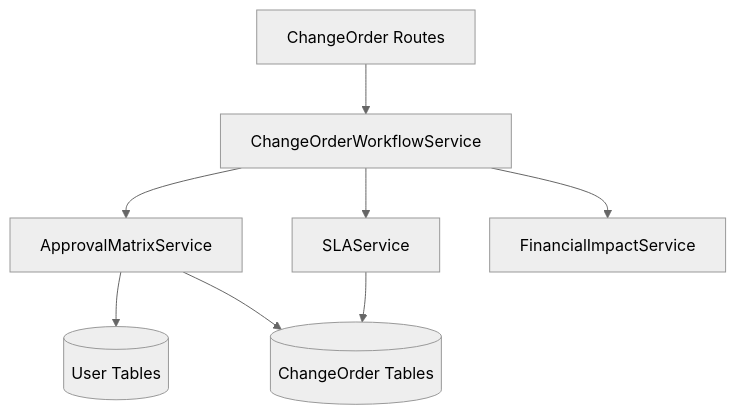
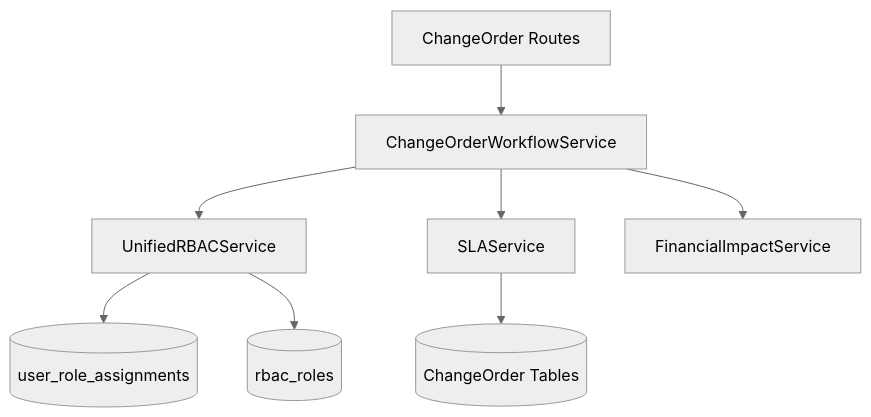
One commit to ogghst/backcast changed the first of 4 diagrams in docs/02-architecture/backend/contexts/approval-workflow/architecture.md. Above: the diagram before and after it, drawn with Mermaid (neutral theme). The commit also changed other lines of this file and 5 other files, not shown here.

First line of the commit message:
docs: align RBAC and change management docs with unified RBAC cleanup

````diff
--- a/docs/02-architecture/backend/contexts/approval-workflow/architecture.md
+++ b/docs/02-architecture/backend/contexts/approval-workflow/architecture.md
@@ -16,10 +19,10 @@
 ```mermaid
 graph TB
-    A[ChangeOrderWorkflowService] --> B[ApprovalMatrixService]
+    A[ChangeOrderWorkflowService] --> B[UnifiedRBACService]
     A --> C[SLAService]
     A --> D[FinancialImpactService]
-    B --> E[(User Tables)]
-    B --> F[(ChangeOrder Tables)]
-    C --> F
-    G[ChangeOrder Routes] --> A
+    B --> E[(user_role_assignments)]
+    B --> F[(rbac_roles)]
+    C --> G[(ChangeOrder Tables)]
+    H[ChangeOrder Routes] --> A
 ```
````
